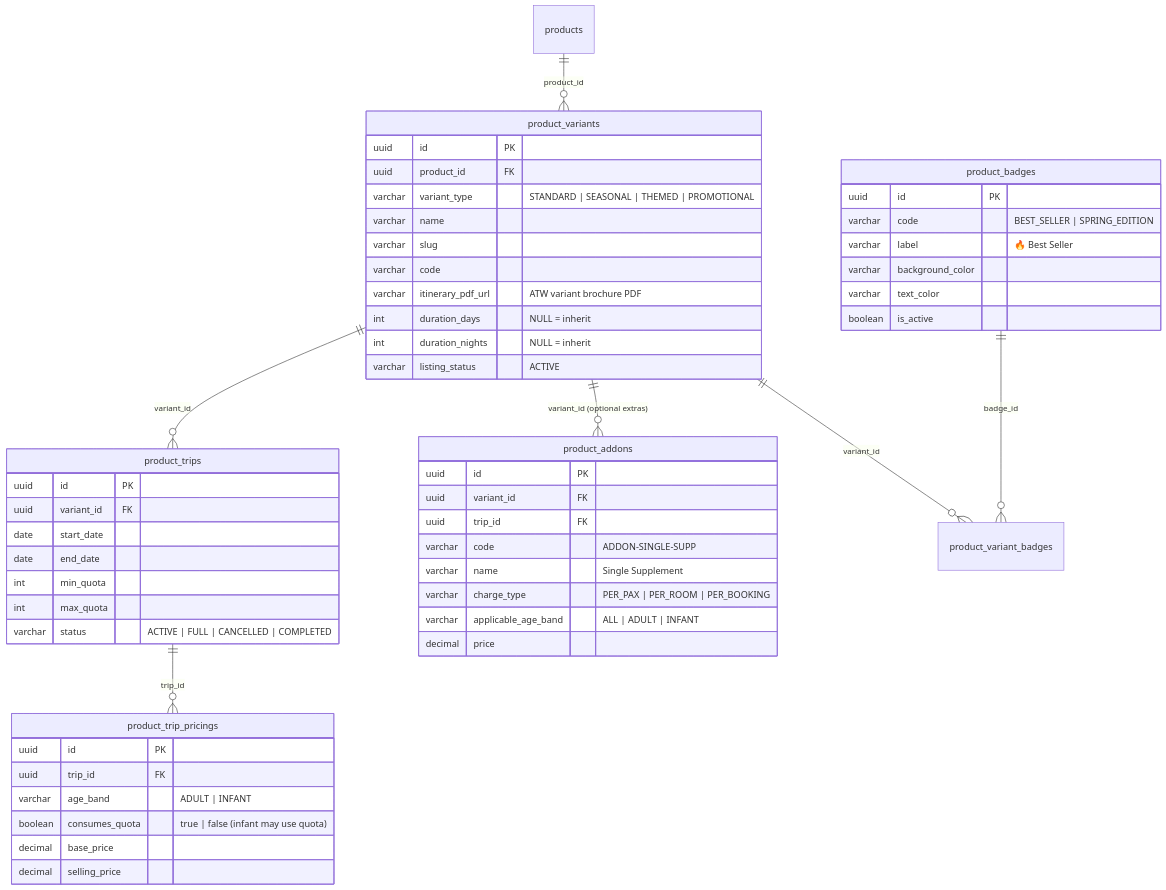
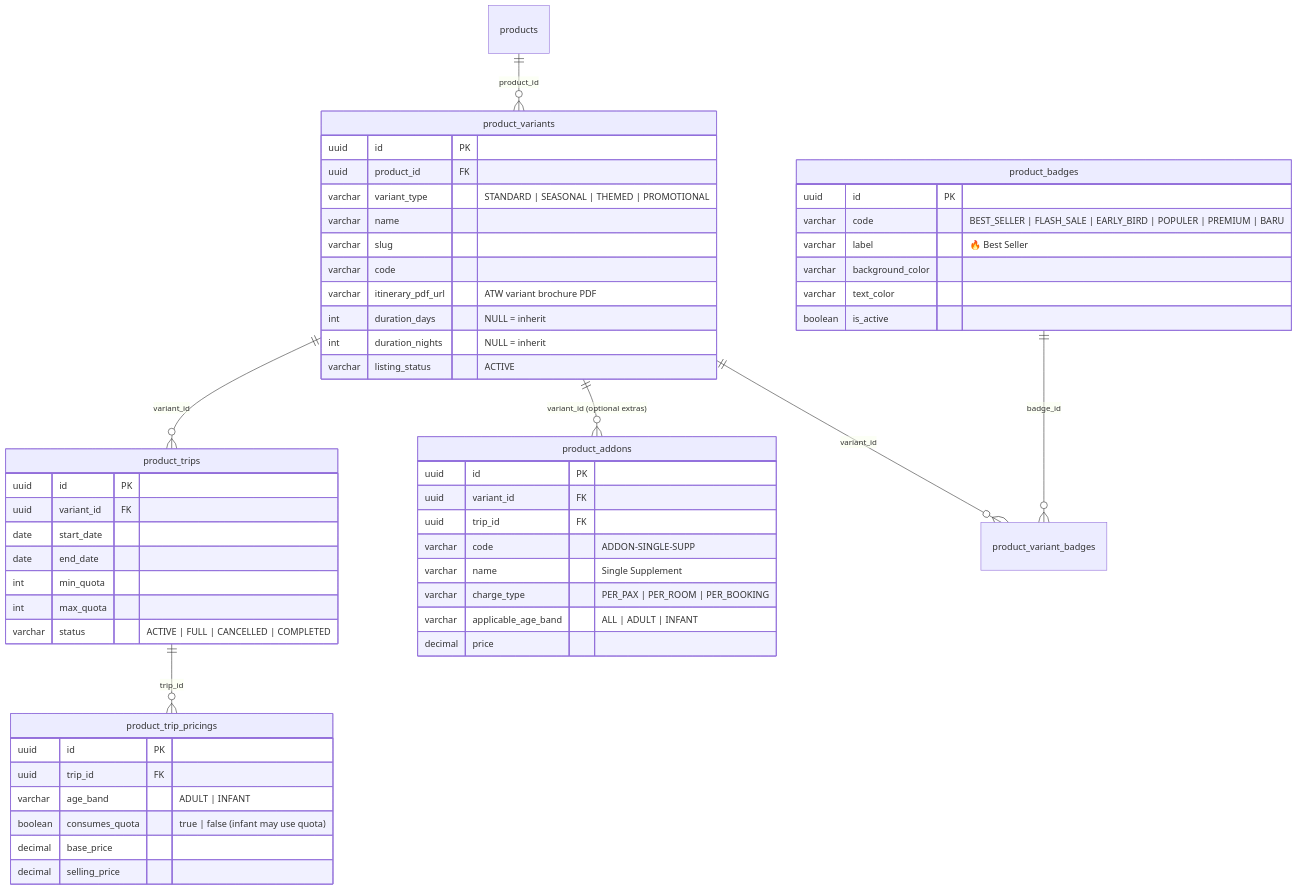
One commit to Haris-saifudin/hobiholidays-documentations changed the third of 8 diagrams in technical/product-technical-design.md. Above: the diagram before and after it, drawn with Mermaid. The commit also changed other lines of this file and 3 other files, not shown here.

````diff
--- a/technical/product-technical-design.md
+++ b/technical/product-technical-design.md
@@ -622,61 +782,61 @@
 ```mermaid
 erDiagram
     products              ||--o{ product_variants          : "product_id"
     product_variants      ||--o{ product_trips             : "variant_id"
     product_trips         ||--o{ product_trip_pricings      : "trip_id"
     product_variants      ||--o{ product_addons            : "variant_id (optional extras)"
     product_variants      ||--o{ product_variant_badges    : "variant_id"
     product_badges        ||--o{ product_variant_badges    : "badge_id"
 
     product_variants {
         uuid      id                 PK
         uuid      product_id         FK
         varchar   variant_type       "STANDARD | SEASONAL | THEMED | PROMOTIONAL"
         varchar   name
         varchar   slug
         varchar   code
         varchar   itinerary_pdf_url  "ATW variant brochure PDF"
         int       duration_days      "NULL = inherit"
         int       duration_nights    "NULL = inherit"
         varchar   listing_status     "ACTIVE"
     }
 
     product_badges {
         uuid      id                 PK
-        varchar   code               "BEST_SELLER | SPRING_EDITION"
+        varchar   code               "BEST_SELLER | FLASH_SALE | EARLY_BIRD | POPULER | PREMIUM | BARU"
         varchar   label              "🔥 Best Seller"
         varchar   background_color
         varchar   text_color
         boolean   is_active
     }
 
     product_trips {
         uuid      id         PK
         uuid      variant_id FK
         date      start_date
         date      end_date
         int       min_quota
         int       max_quota
         varchar   status     "ACTIVE | FULL | CANCELLED | COMPLETED"
     }
 
     product_trip_pricings {
         uuid       id             PK
         uuid       trip_id        FK
         varchar    age_band       "ADULT | INFANT"
         boolean    consumes_quota "true | false (infant may use quota)"
         decimal    base_price
         decimal    selling_price
     }
 
     product_addons {
         uuid       id                  PK
         uuid       variant_id          FK
         uuid       trip_id             FK
         varchar    code                "ADDON-SINGLE-SUPP"
         varchar    name                "Single Supplement"
         varchar    charge_type         "PER_PAX | PER_ROOM | PER_BOOKING"
         varchar    applicable_age_band "ALL | ADULT | INFANT"
         decimal    price
     }
 ```
````
